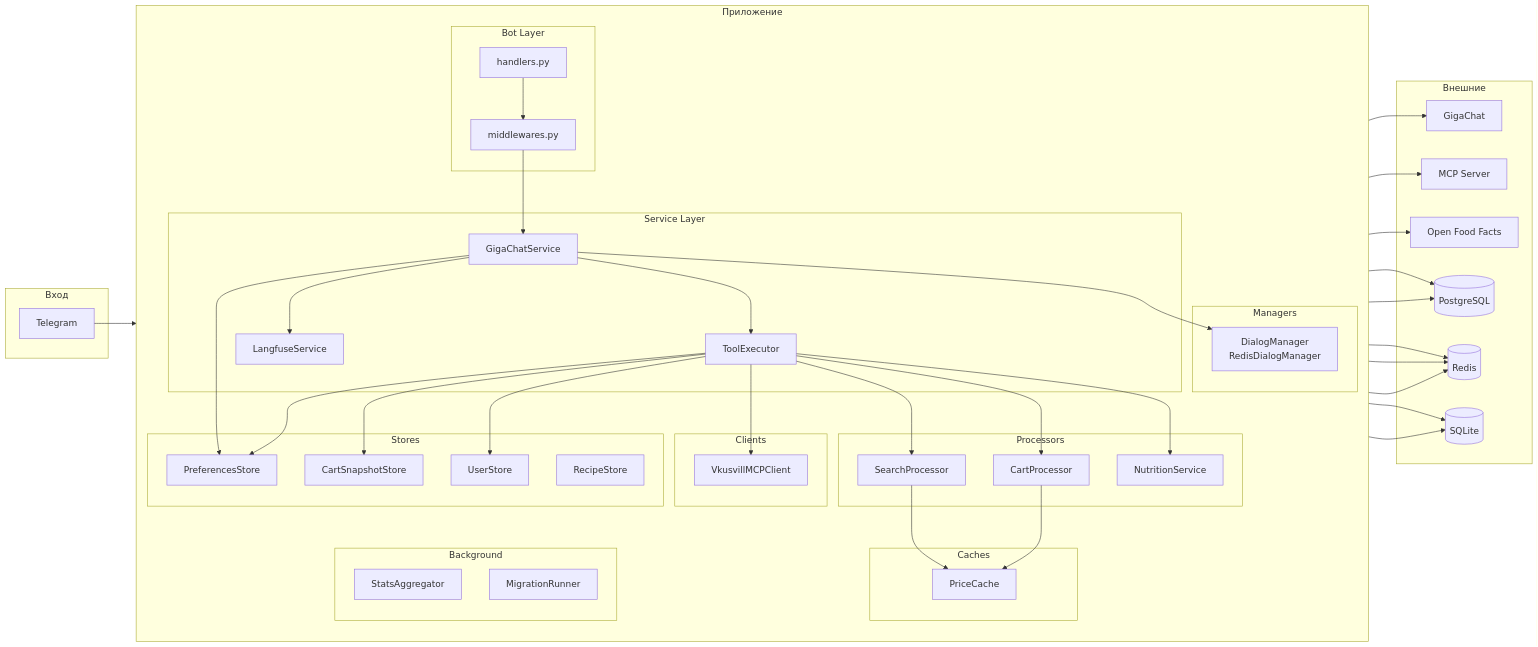
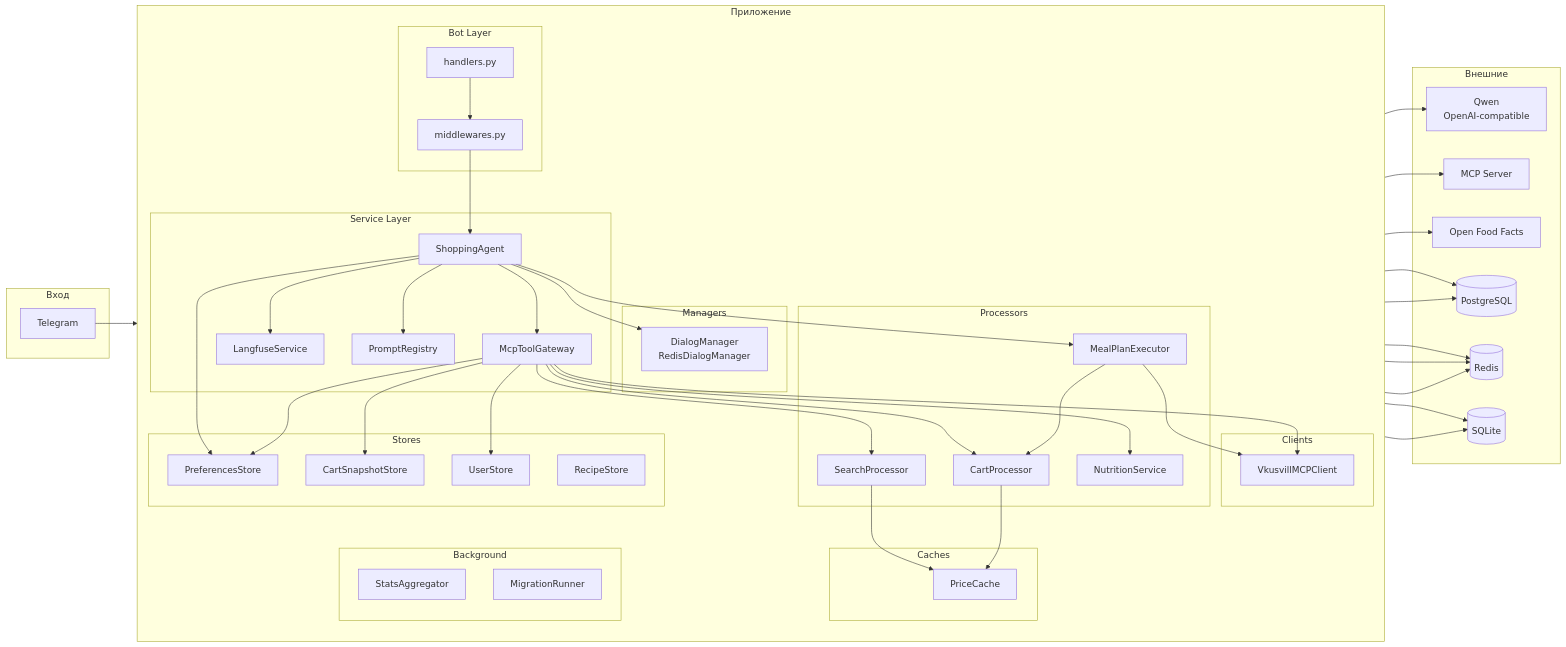
Before and after one commit to mrPDA/vkuswill_bot: the third of 8 diagrams in docs/ARCHITECTURE.md, drawn with Mermaid. The commit also changed other lines of this file and 7 other files, not shown here.

````diff
--- a/docs/ARCHITECTURE.md
+++ b/docs/ARCHITECTURE.md
@@ -153,15 +159,17 @@
         end
 
         subgraph ServiceLayer["Service Layer"]
-            GCS[GigaChatService]
-            TE[ToolExecutor]
+            SA[ShoppingAgent]
+            MG[McpToolGateway]
             LS[LangfuseService]
+            PR[PromptRegistry]
         end
 
         subgraph Processors["Processors"]
             SP[SearchProcessor]
             CP[CartProcessor]
             NS[NutritionService]
+            MP[MealPlanExecutor]
         end
 
         subgraph Stores["Stores"]
@@ -184,13 +192,13 @@
         end
 
         subgraph Background["Background"]
-            SA[StatsAggregator]
+            StatsAgg[StatsAggregator]
             MR[MigrationRunner]
         end
     end
 
     subgraph External["Внешние"]
-        GigaChat[GigaChat]
+        Qwen[Qwen\nOpenAI-compatible]
         MCP[MCP Server]
         OpenFF[Open Food Facts]
         PG[(PostgreSQL)]
@@ -200,20 +208,24 @@
 
     TG --> H
     H --> M
-    M --> GCS
-    GCS --> TE
-    GCS --> DM
-    GCS --> Prefs
-    GCS --> LS
-    GCS --> GigaChat
+    M --> SA
+    SA --> MG
+    SA --> DM
+    SA --> Prefs
+    SA --> LS
+    SA --> PR
+    SA --> Qwen
+    SA --> MP
     
-    TE --> MCPClient
-    TE --> SP
-    TE --> CP
-    TE --> Prefs
-    TE --> CartSnapStore
-    TE --> NS
-    TE --> UserStore
+    MG --> MCPClient
+    MG --> SP
+    MG --> CP
+    MG --> Prefs
+    MG --> CartSnapStore
+    MG --> NS
+    MG --> UserStore
+    MP --> MCPClient
+    MP --> CP
     
     MCPClient --> MCP
     NS --> OpenFF
@@ -228,5 +240,5 @@
     UserStore --> PG
     Prefs --> SQLite1
     RecipeStore --> SQLite1
-    SA --> PG
+    StatsAgg --> PG
 ```
````
